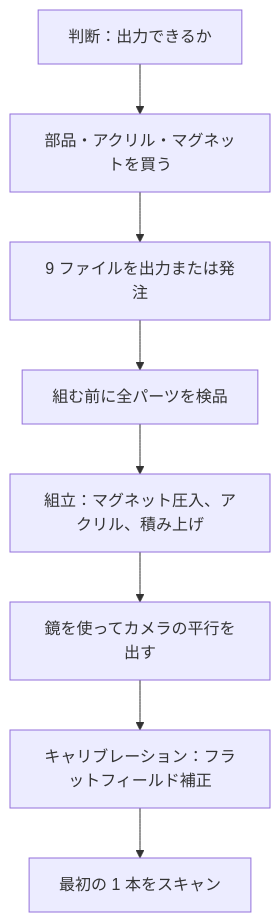
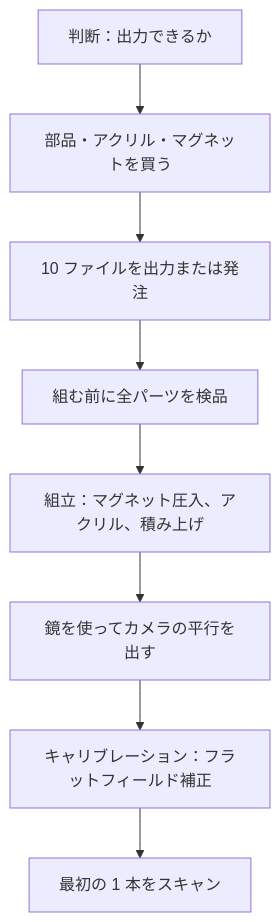
The diagram in docs/getting-started.ja.md (Neoanaloglab/Neobox), drawn with Mermaid before and after one commit. The commit also changed other lines of this file and 42 other files, not shown here.

````diff
--- a/docs/getting-started.ja.md
+++ b/docs/getting-started.ja.md
@@ -99,10 +99,10 @@
 ```mermaid
 flowchart TD
     A[判断：出力できるか] --> B[部品・アクリル・マグネットを買う]
-    B --> C[9 ファイルを出力または発注]
+    B --> C[10 ファイルを出力または発注]
     C --> D[組む前に全パーツを検品]
     D --> E[組立：マグネット圧入、アクリル、積み上げ]
     E --> F[鏡を使ってカメラの平行を出す]
     F --> G[キャリブレーション：フラットフィールド補正]
     G --> H[最初の 1 本をスキャン]
 ```
````
